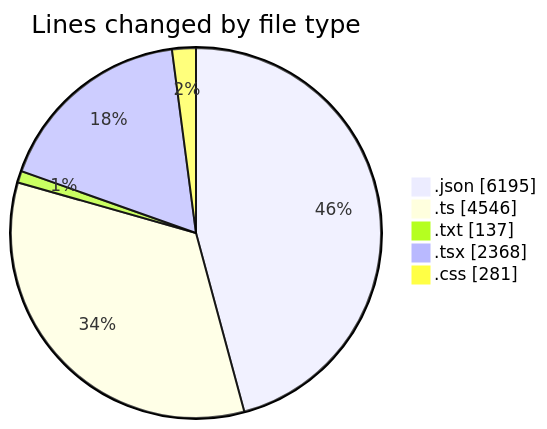
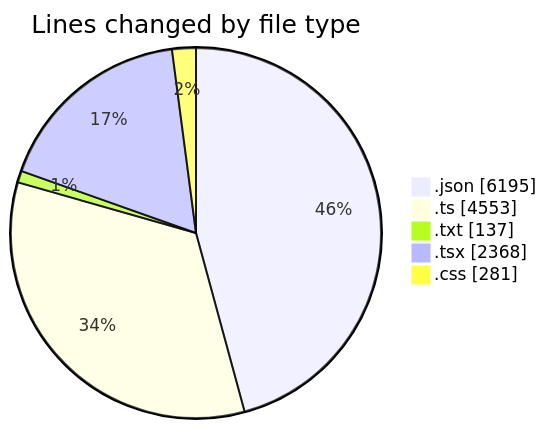
The first of 2 diagrams in 2025-05-27/ecodeli-1/README.md (CELIANVF/code-tracking), drawn with Mermaid before and after one commit. The commit also changed other lines of this file and 1 other file, not shown here.

````diff
--- a/2025-05-27/ecodeli-1/README.md
+++ b/2025-05-27/ecodeli-1/README.md
@@ -33,9 +33,9 @@
 ```mermaid
 pie showData
 title Lines changed by file type
 ".json" : 6195
-".ts" : 4546
+".ts" : 4553
 ".txt" : 137
 ".tsx" : 2368
 ".css" : 281
 ```
````
